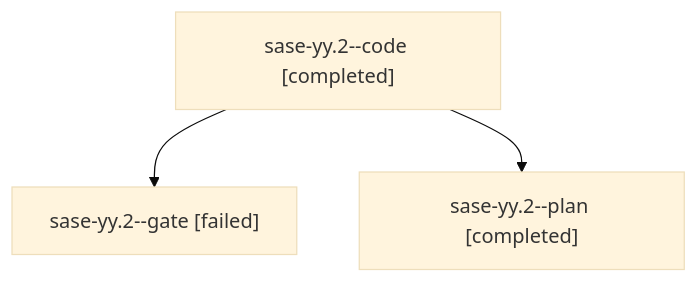
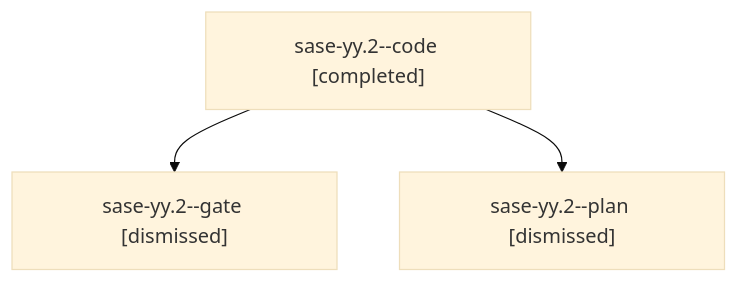
One commit to sase-org/sase--agents changed the diagram in families/bbugyi200.athena.sase-yy.2.md. Above: the diagram before and after it, drawn with Mermaid (base theme). The commit also changed other lines of this file and 106 other files, not shown here.

````diff
--- a/families/bbugyi200.athena.sase-yy.2.md
+++ b/families/bbugyi200.athena.sase-yy.2.md
@@ -9,8 +9,8 @@
 ```mermaid
 flowchart TD
   n0["sase-yy.2--code [completed]"]
-  n1["sase-yy.2--gate [failed]"]
+  n1["sase-yy.2--gate [dismissed]"]
   n0 --> n1
-  n2["sase-yy.2--plan [completed]"]
+  n2["sase-yy.2--plan [dismissed]"]
   n0 --> n2
 ```
````
